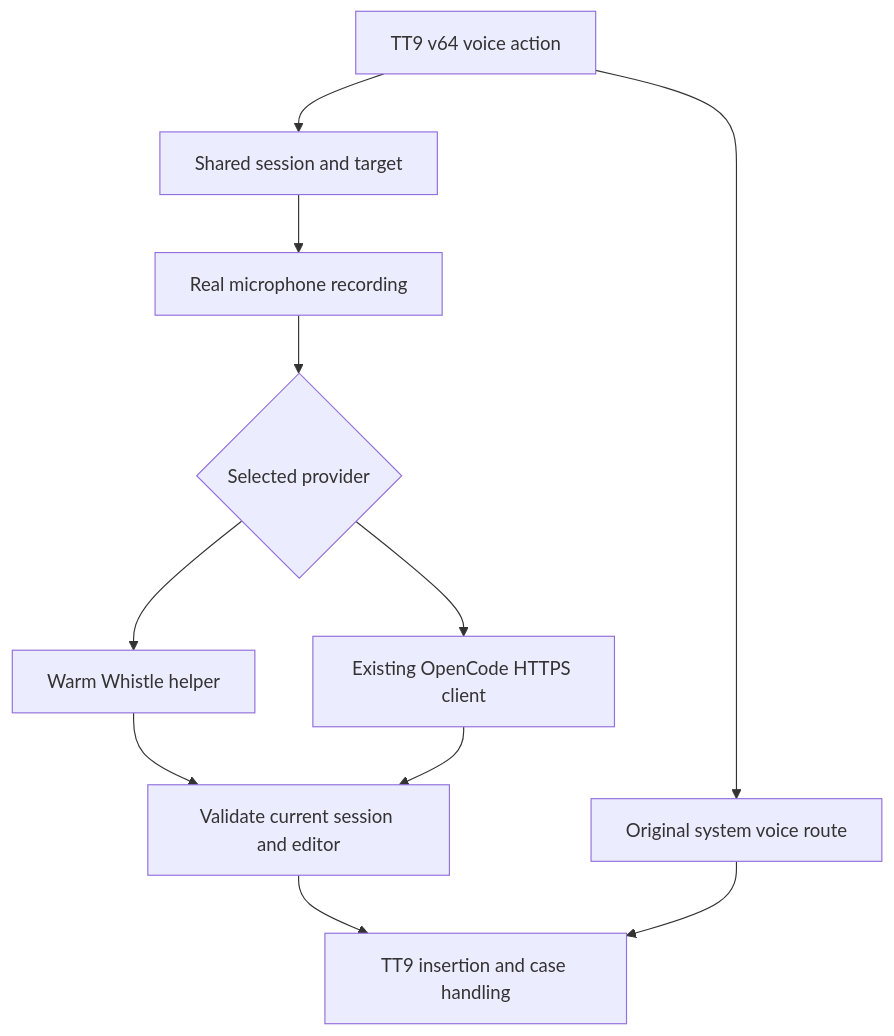
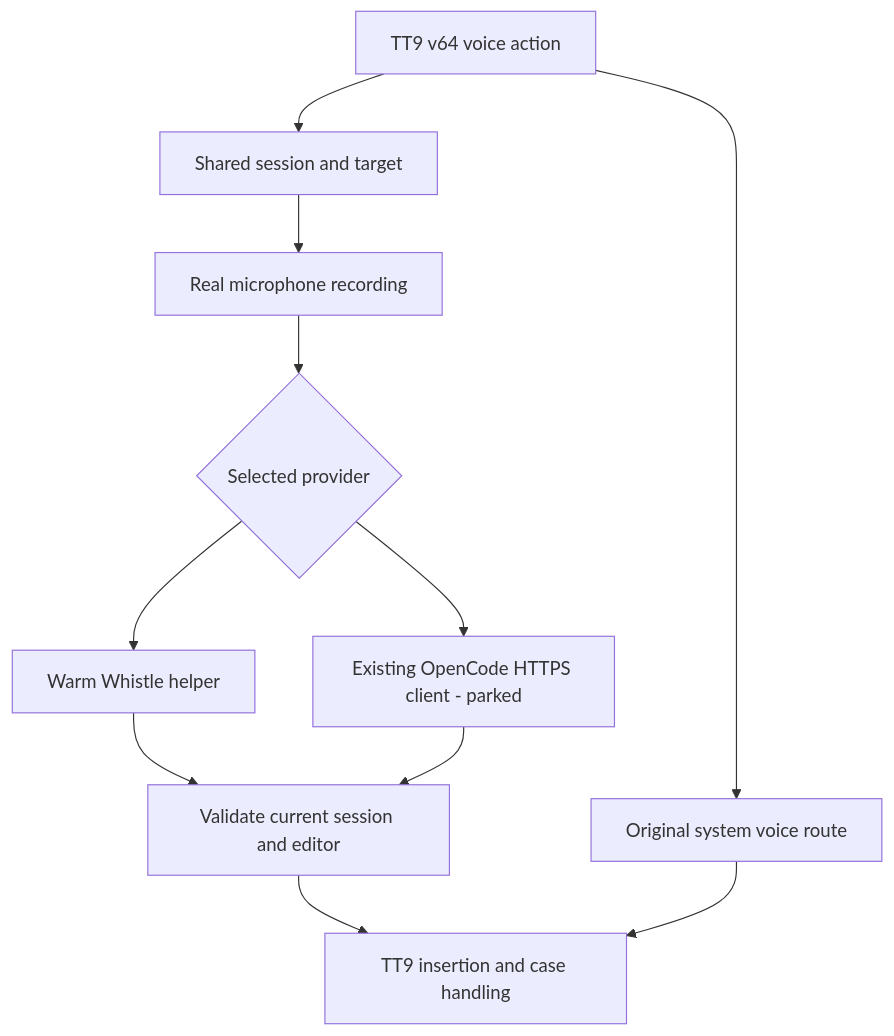
One commit to maxmilneaus/tt9-whistle changed the first of 2 diagrams in docs/plans/2026-10-16-0632-feat-tt9-v64-qin-dictation-plan.md. Above: the diagram before and after it, drawn with Mermaid. The commit also changed other lines of this file and 3 other files, not shown here.

````diff
--- a/docs/plans/2026-10-16-0632-feat-tt9-v64-qin-dictation-plan.md
+++ b/docs/plans/2026-10-16-0632-feat-tt9-v64-qin-dictation-plan.md
@@ -108,13 +127,13 @@
 ```mermaid
 flowchart TB
   A[TT9 v64 voice action] --> B[Shared session and target]
   B --> C[Real microphone recording]
   C --> D{Selected provider}
   D --> W[Warm Whistle helper]
-  D --> O[Existing OpenCode HTTPS client]
+  D --> O[Existing OpenCode HTTPS client - parked]
   W --> R[Validate current session and editor]
   O --> R
   R --> T[TT9 insertion and case handling]
   A --> S[Original system voice route]
   S --> T
 ```
````
